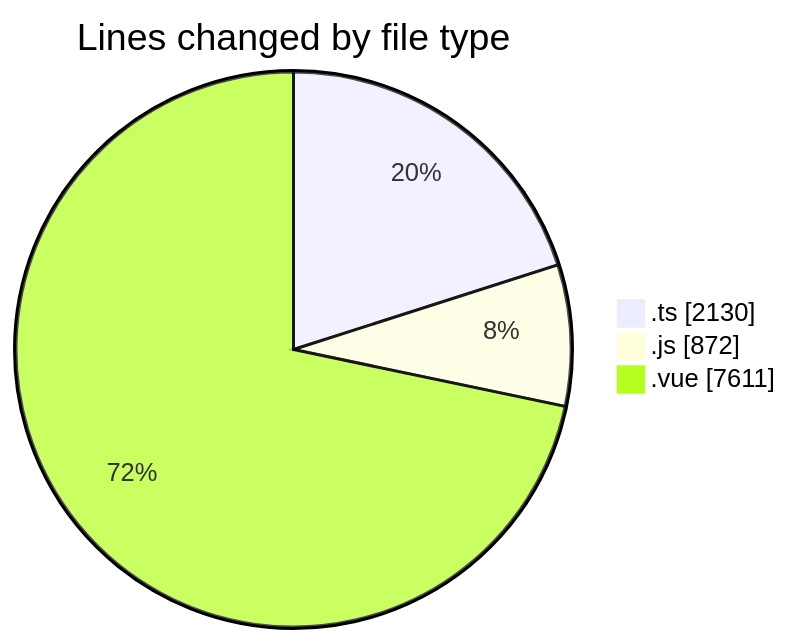
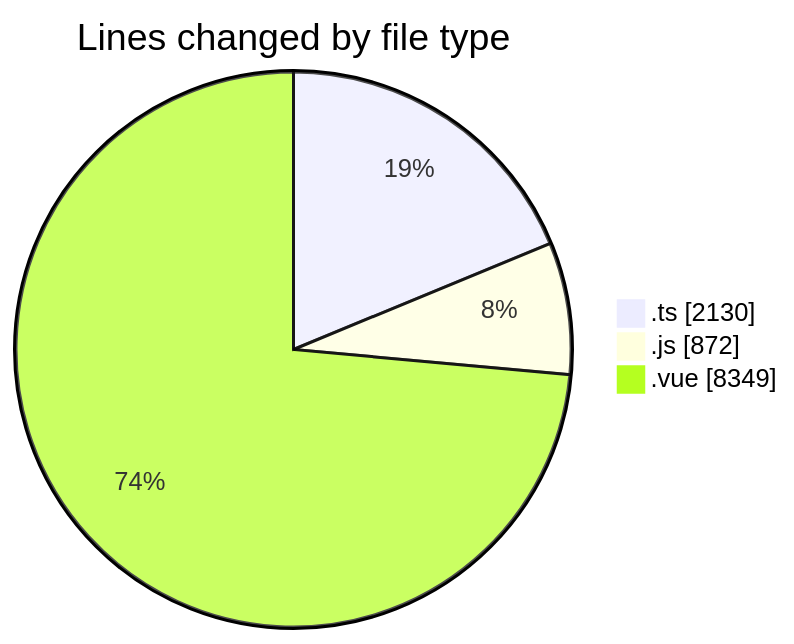
The first of 2 diagrams in 2025-08-16/rentotp/README.md (lephambinh05/code-tracking), drawn with Mermaid before and after one commit. The commit also changed other lines of this file and 1 other file, not shown here.

````diff
--- a/2025-08-16/rentotp/README.md
+++ b/2025-08-16/rentotp/README.md
@@ -51,7 +52,7 @@
 ```mermaid
 pie showData
 title Lines changed by file type
 ".ts" : 2130
 ".js" : 872
-".vue" : 7611
+".vue" : 8349
 ```
````
